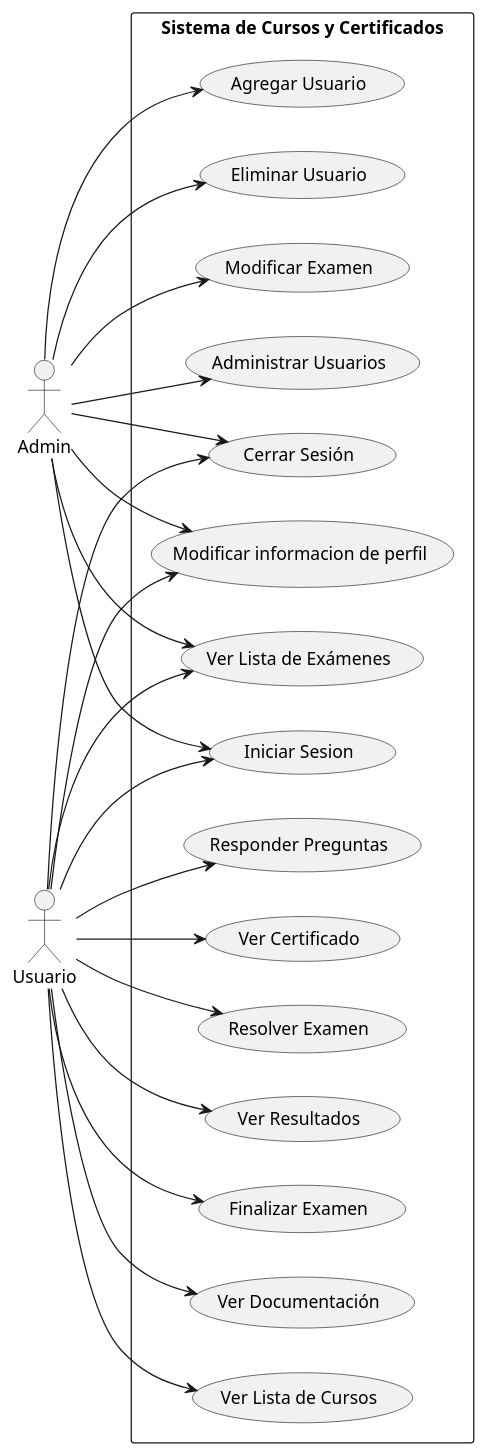
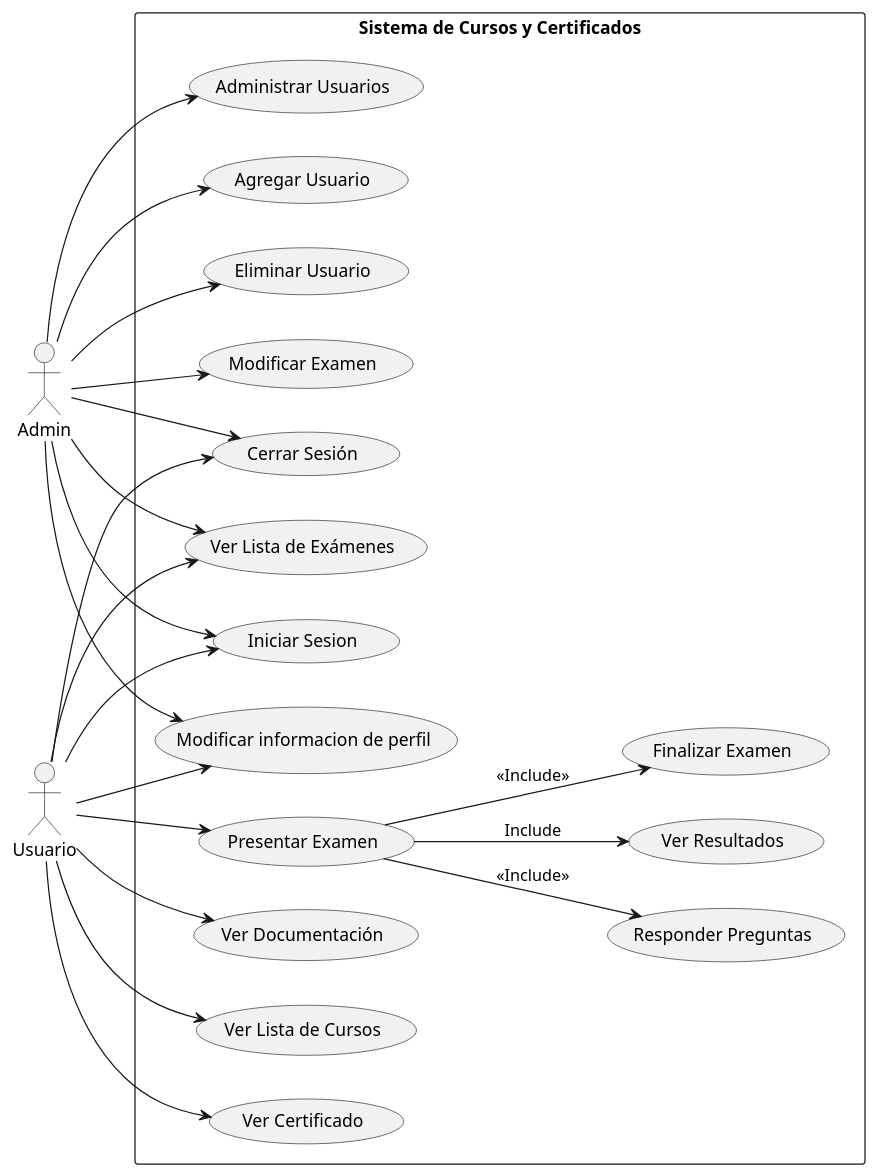
The diagram in docs/scenariosView/DiagramaCasosDeUsos.plantuml (Carverz/IS-022023_Proyecto-Grupo-4), drawn with PlantUML before and after one commit. The commit also changed 2 other files, not shown here.

Commit message:
Diagrama de clases de analisis y modificacion en el diagrama de Casos de Uso

```diff
--- a/docs/scenariosView/DiagramaCasosDeUsos.plantuml
+++ b/docs/scenariosView/DiagramaCasosDeUsos.plantuml
@@ -1,34 +1,34 @@
 @startuml
 left to right direction
 
 actor Admin as A
 actor Usuario as U1
 
 rectangle "Sistema de Cursos y Certificados" {
   
   A --> (Iniciar Sesion)
   A --> (Cerrar Sesión)
   A --> (Administrar Usuarios)
   A --> (Agregar Usuario)
   A --> (Eliminar Usuario)
   A --> (Ver Lista de Exámenes)
   A --> (Modificar Examen)
   A --> (Modificar informacion de perfil)
   U1 --> (Iniciar Sesion)
   U1 --> (Cerrar Sesión)
   U1 --> (Ver Documentación)
   U1 --> (Ver Lista de Cursos)
   U1 --> (Ver Lista de Exámenes)
-  U1 --> (Responder Preguntas)
   U1 --> (Ver Certificado)
-  U1 --> (Resolver Examen)
-  U1 --> (Ver Resultados)
+  U1 --> (Presentar Examen) 
+  (Presentar Examen)  --> (Responder Preguntas): <<Include>>
+  (Presentar Examen) --> (Ver Resultados): Include
   U1--> (Modificar informacion de perfil)
-  U1 --> (Finalizar Examen)
+  (Presentar Examen) --> (Finalizar Examen): <<Include>>
 
 
   
 
 }
 
 @enduml
```
